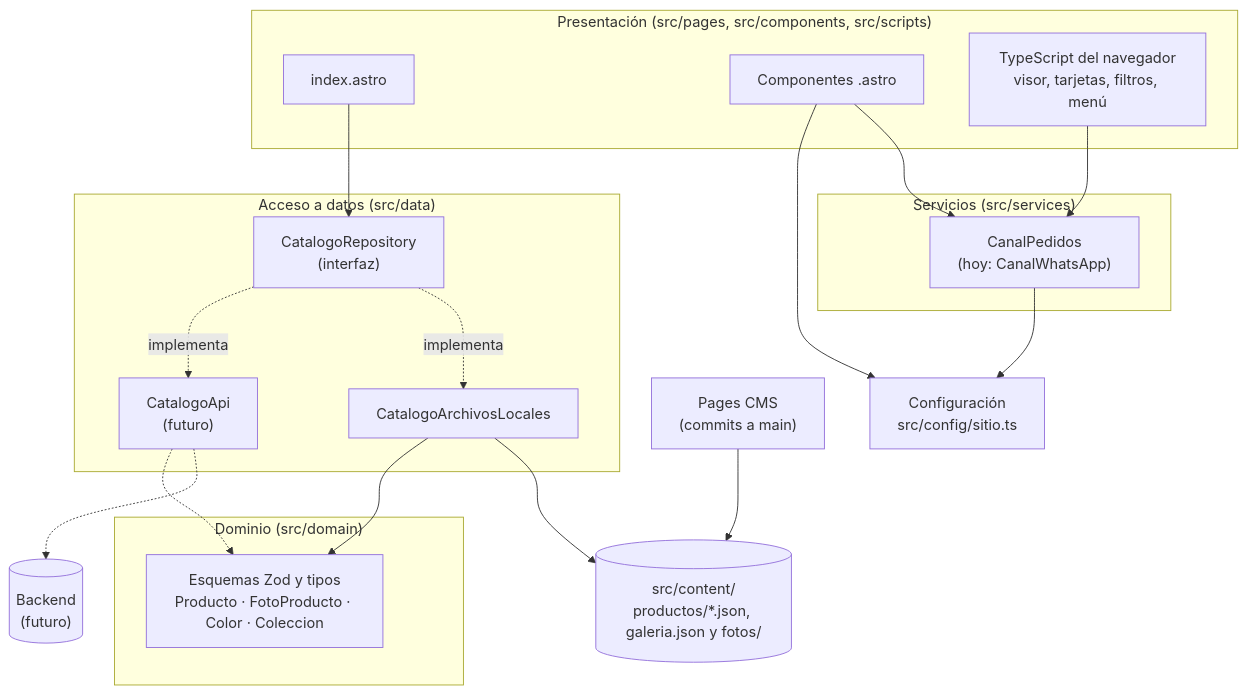
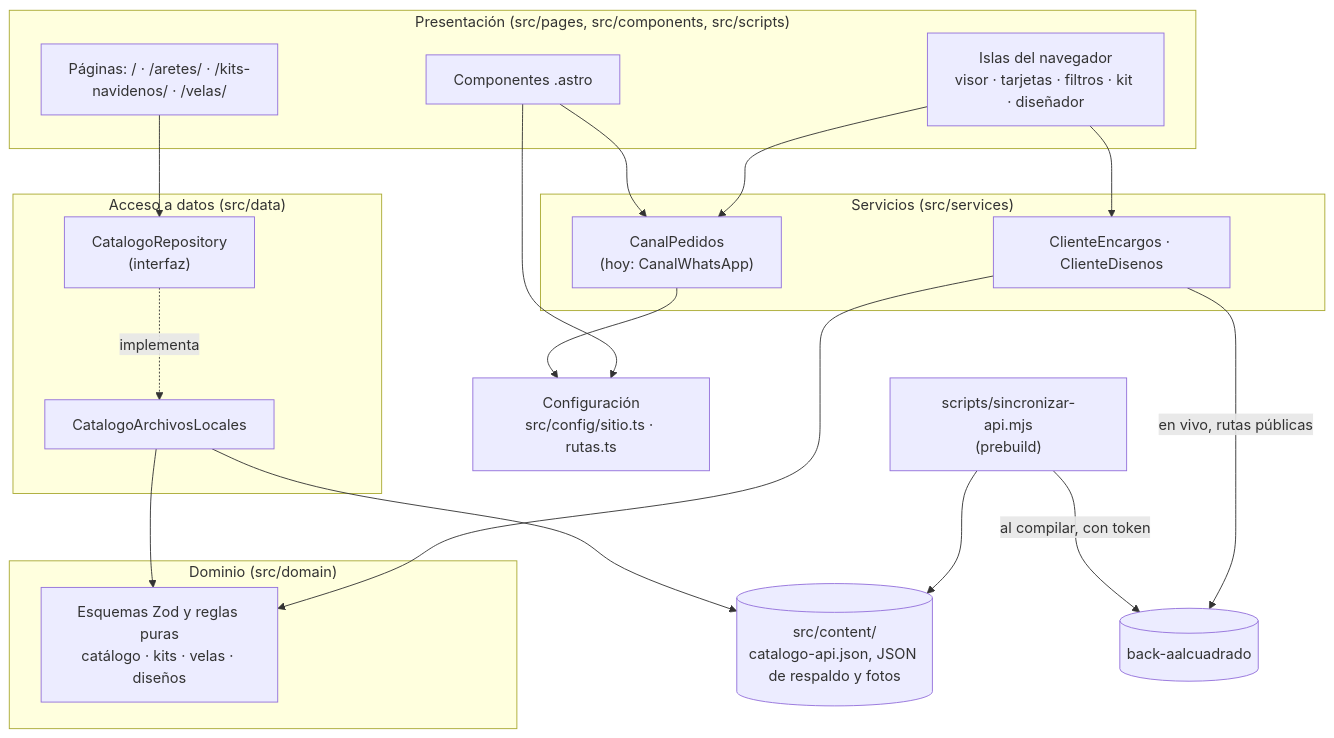
The diagram in docs/arquitectura.md (AIMtonio/front-aalcuadrado), drawn with Mermaid before and after one commit. The commit also changed other lines of this file and 41 other files, not shown here.

````diff
--- a/docs/arquitectura.md
+++ b/docs/arquitectura.md
@@ -7,40 +9,41 @@
 ```mermaid
 flowchart TB
   subgraph UI["Presentación (src/pages, src/components, src/scripts)"]
-    P[index.astro]
+    P["Páginas: / · /aretes/ · /kits-navidenos/ · /velas/"]
     C[Componentes .astro]
-    JS[TypeScript del navegador<br/>visor, tarjetas, filtros, menú]
+    JS["Islas del navegador<br/>visor · tarjetas · filtros · kit · diseñador"]
   end
 
   subgraph SERV["Servicios (src/services)"]
     PED["CanalPedidos<br/>(hoy: CanalWhatsApp)"]
+    CLI["ClienteEncargos · ClienteDisenos"]
   end
 
   subgraph DATOS["Acceso a datos (src/data)"]
     REPO["CatalogoRepository<br/>(interfaz)"]
     LOCAL[CatalogoArchivosLocales]
-    API["CatalogoApi<br/>(futuro)"]
   end
 
   subgraph DOM["Dominio (src/domain)"]
-    Z["Esquemas Zod y tipos<br/>Producto · FotoProducto · Color · Coleccion"]
+    Z["Esquemas Zod y reglas puras<br/>catálogo · kits · velas · diseños"]
   end
 
-  CFG["Configuración<br/>src/config/sitio.ts"]
-  FS[("src/content/<br/>productos/*.json, galeria.json y fotos/")]
-  CMS["Pages CMS<br/>(commits a main)"]
-  BE[("Backend<br/>(futuro)")]
+  CFG["Configuración<br/>src/config/sitio.ts · rutas.ts"]
+  FS[("src/content/<br/>catalogo-api.json, JSON de respaldo y fotos")]
+  SYNC["scripts/sincronizar-api.mjs<br/>(prebuild)"]
+  BE[("back-aalcuadrado")]
 
   P --> REPO
   C --> PED
   JS --> PED
+  JS --> CLI
   REPO -.implementa.-> LOCAL
-  REPO -.implementa.-> API
   LOCAL --> FS
-  CMS --> FS
-  API -.-> BE
+  SYNC --> FS
+  SYNC -- "al compilar, con token" --> BE
+  CLI -- "en vivo, rutas públicas" --> BE
   LOCAL --> Z
-  API -.-> Z
+  CLI --> Z
   PED --> CFG
   C --> CFG
 ```
````
